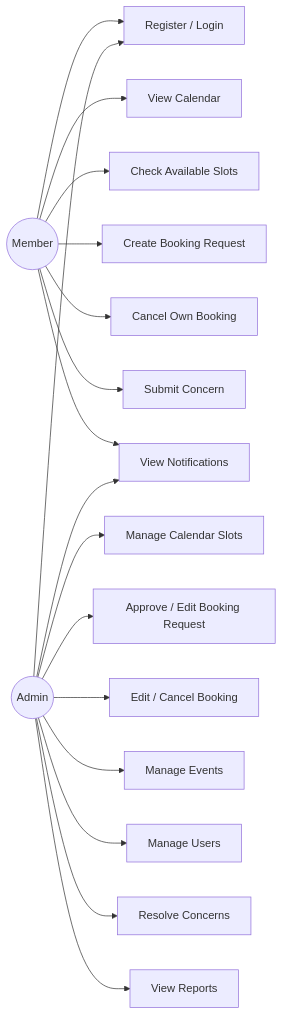
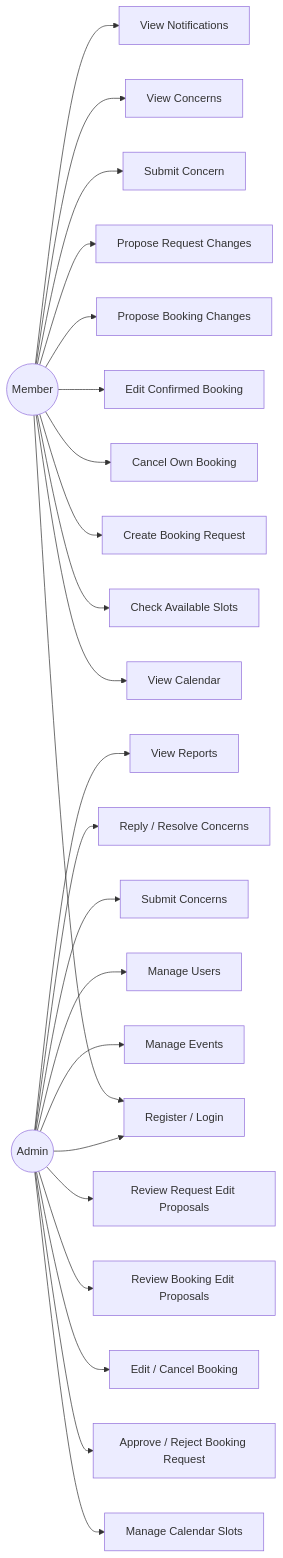
One commit to rcamarig-boop/church-booking-system changed the first of 7 diagrams in PROJECT_DIAGRAMS.md. Above: the diagram before and after it, drawn with Mermaid. The commit also changed other lines of this file, not shown here.

Commit message:
docs: Add booking edit proposals, request edit proposals, and concerns management to diagrams

````diff
--- a/PROJECT_DIAGRAMS.md
+++ b/PROJECT_DIAGRAMS.md
@@ -15,39 +15,52 @@
 ```mermaid
 flowchart LR
   Member((Member))
   Admin((Admin))
 
   UC1[Register / Login]
   UC2[View Calendar]
   UC3[Check Available Slots]
   UC4[Create Booking Request]
   UC5[Cancel Own Booking]
-  UC6[Submit Concern]
-  UC7[View Notifications]
+  UC6[Edit Confirmed Booking]
+  UC7[Propose Booking Changes]
+  UC8[Propose Request Changes]
+  UC9[Submit Concern]
+  UC10[View Concerns]
+  UC11[View Notifications]
 
-  UC8[Manage Calendar Slots]
-  UC9[Approve / Edit Booking Request]
-  UC10[Edit / Cancel Booking]
-  UC11[Manage Events]
-  UC12[Manage Users]
-  UC13[Resolve Concerns]
-  UC14[View Reports]
+  UC12[Manage Calendar Slots]
+  UC13[Approve / Reject Booking Request]
+  UC14[Edit / Cancel Booking]
+  UC15[Review Booking Edit Proposals]
+  UC16[Review Request Edit Proposals]
+  UC17[Manage Events]
+  UC18[Manage Users]
+  UC19[Submit Concerns]
+  UC20[Reply / Resolve Concerns]
+  UC21[View Reports]
 
   Member --> UC1
   Member --> UC2
   Member --> UC3
   Member --> UC4
   Member --> UC5
   Member --> UC6
   Member --> UC7
+  Member --> UC8
+  Member --> UC9
+  Member --> UC10
+  Member --> UC11
 
   Admin --> UC1
-  Admin --> UC8
-  Admin --> UC9
-  Admin --> UC10
-  Admin --> UC11
   Admin --> UC12
   Admin --> UC13
   Admin --> UC14
-  Admin --> UC7
+  Admin --> UC15
+  Admin --> UC16
+  Admin --> UC17
+  Admin --> UC18
+  Admin --> UC19
+  Admin --> UC20
+  Admin --> UC21
 ```
````
